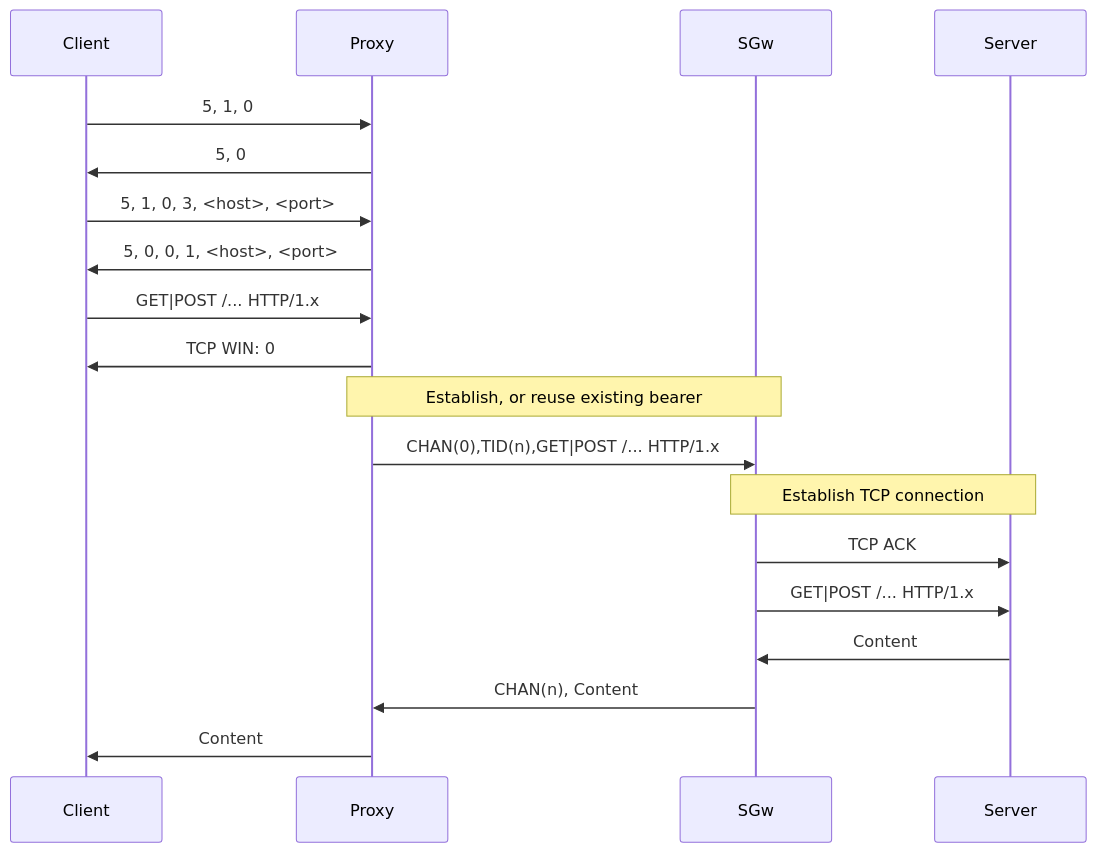
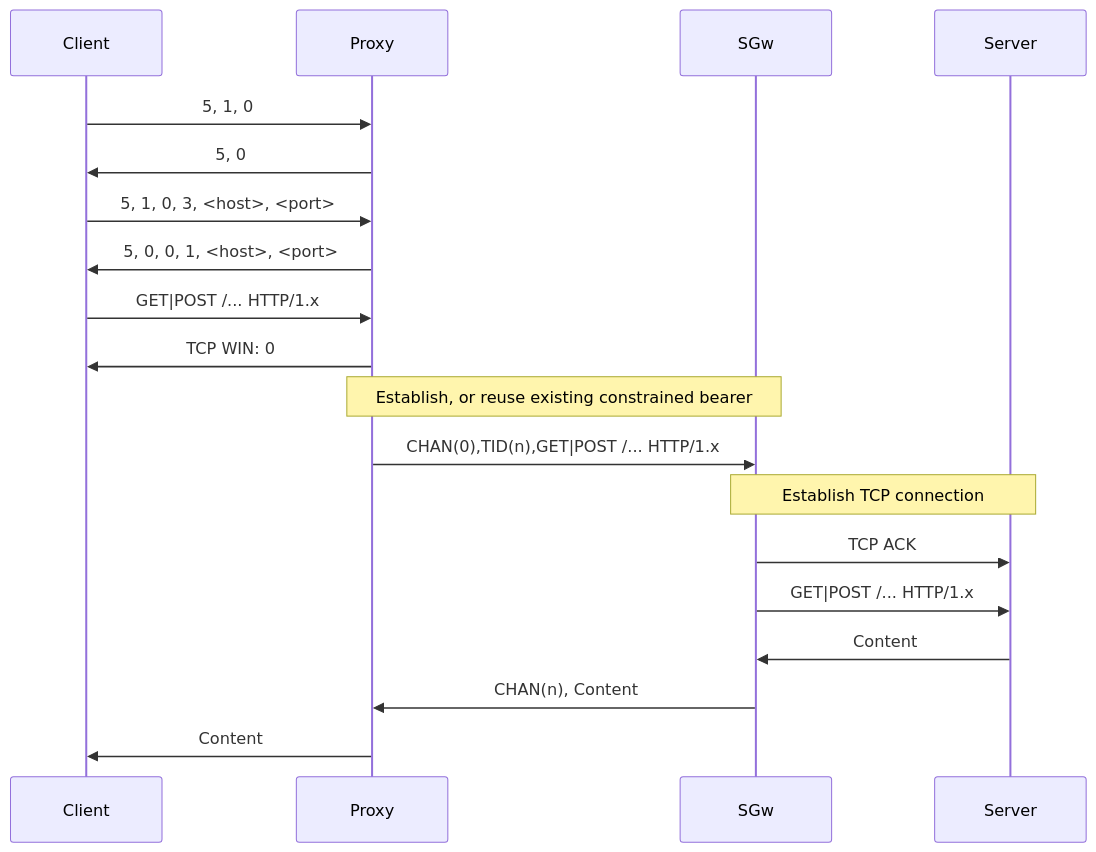
Before and after one commit to dscp46/sockspeppet: the second of 2 diagrams in README.md, drawn with Mermaid.

````diff
--- a/README.md
+++ b/README.md
@@ -30,17 +30,17 @@
 ```mermaid
 sequenceDiagram
     Client->>Proxy: 5, 1, 0
     Proxy->>Client: 5, 0
     Client->>Proxy: 5, 1, 0, 3, <host>, <port>
     Proxy->>Client: 5, 0, 0, 1, <host>, <port>
     Client->>Proxy: GET|POST /... HTTP/1.x
     Proxy->>Client: TCP WIN: 0
-    Note over Proxy,SGw: Establish, or reuse existing bearer
+    Note over Proxy,SGw: Establish, or reuse existing constrained bearer
     Proxy->>SGw: CHAN(0),TID(n),GET|POST /... HTTP/1.x
     Note over SGw,Server: Establish TCP connection
     SGw->>Server: TCP ACK
     SGw->>Server: GET|POST /... HTTP/1.x
     Server->>SGw: Content
     SGw->>Proxy: CHAN(n), Content
     Proxy->>Client: Content
 ```
````
